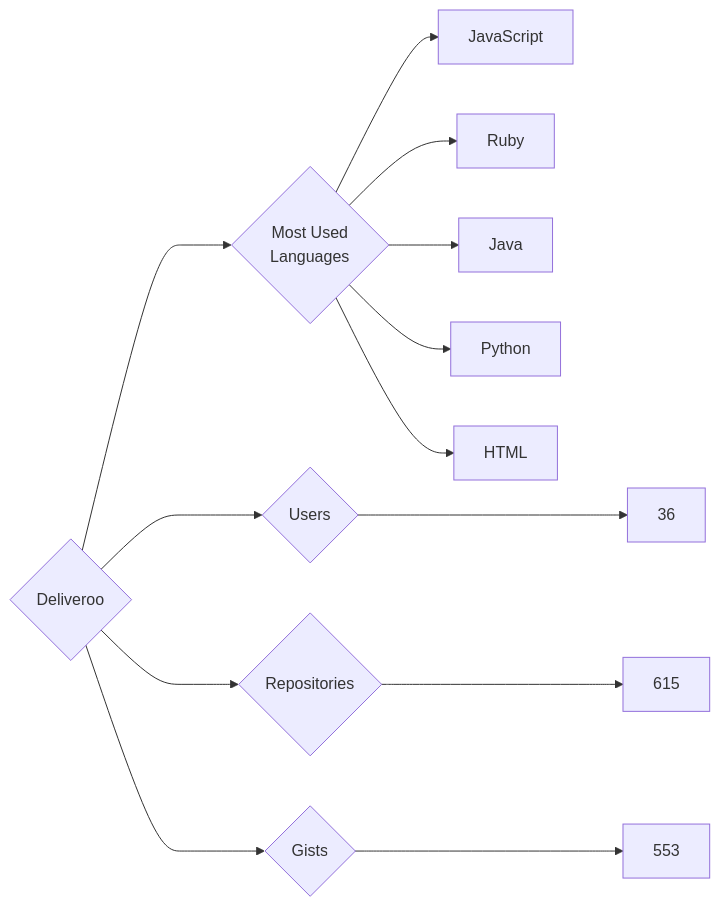
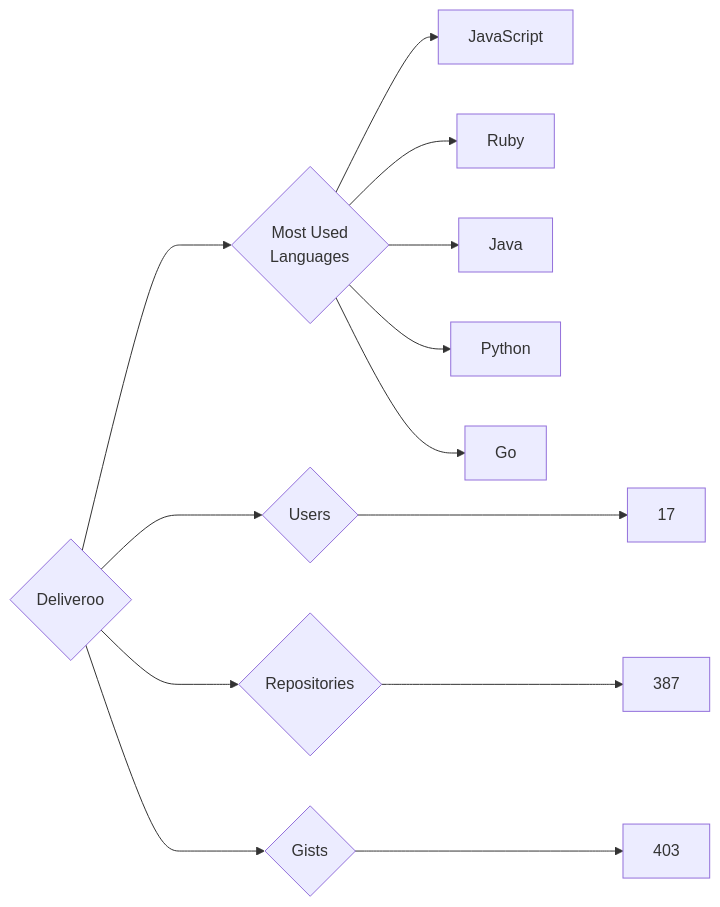
One commit to trickest/insiders changed the diagram in targets/Deliveroo/README.md. Above: the diagram before and after it, drawn with Mermaid. The commit also changed 930 other files, not shown here.

````diff
--- a/targets/Deliveroo/README.md
+++ b/targets/Deliveroo/README.md
@@ -3,13 +3,13 @@
 ```mermaid
 graph LR
 COMPANY_NAME{Deliveroo}
-COMPANY_NAME ---> U{Users} ---> UN[36]
-COMPANY_NAME ---> R{Repositories} ---> RN[615]
-COMPANY_NAME ---> G{Gists} ---> GN[553]
+COMPANY_NAME ---> U{Users} ---> UN[17]
+COMPANY_NAME ---> R{Repositories} ---> RN[387]
+COMPANY_NAME ---> G{Gists} ---> GN[403]
 COMPANY_NAME ---> ML{Most Used<br>Languages}
 ML --> JavaScript[JavaScript]
 ML --> Ruby[Ruby]
 ML --> Java[Java]
 ML --> Python[Python]
-ML --> HTML[HTML]
+ML --> Go[Go]
 ```
````
